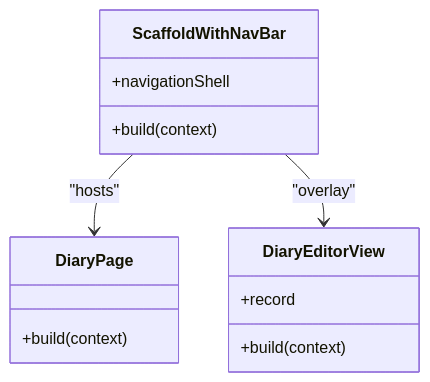
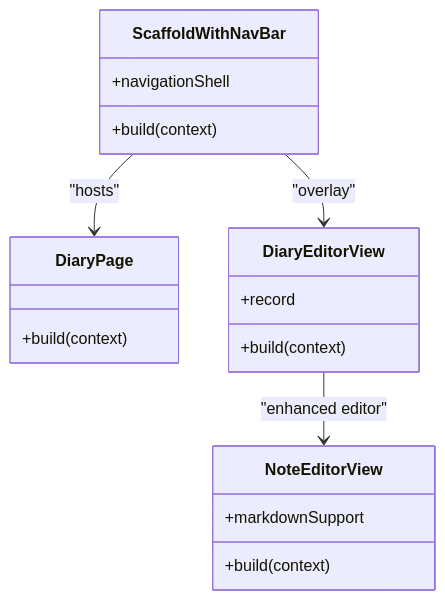
Before and after one commit to favoroo/QNote: the fourth of 9 diagrams in .qoder/repowiki/en/content/UI Components and Pages/UI Components and Pages.md, drawn with Mermaid. The commit also changed other lines of this file and 114 other files, not shown here.

````diff
--- a/.qoder/repowiki/en/content/UI Components and Pages/UI Components and Pages.md
+++ b/.qoder/repowiki/en/content/UI Components and Pages/UI Components and Pages.md
@@ -180,16 +206,21 @@
 ```mermaid
 classDiagram
 class ScaffoldWithNavBar {
 +navigationShell
 +build(context)
 }
 class DiaryPage {
 +build(context)
 }
 class DiaryEditorView {
 +record
 +build(context)
 }
+class NoteEditorView {
++markdownSupport
++build(context)
+}
 ScaffoldWithNavBar --> DiaryPage : "hosts"
 ScaffoldWithNavBar --> DiaryEditorView : "overlay"
+DiaryEditorView --> NoteEditorView : "enhanced editor"
 ```
````
